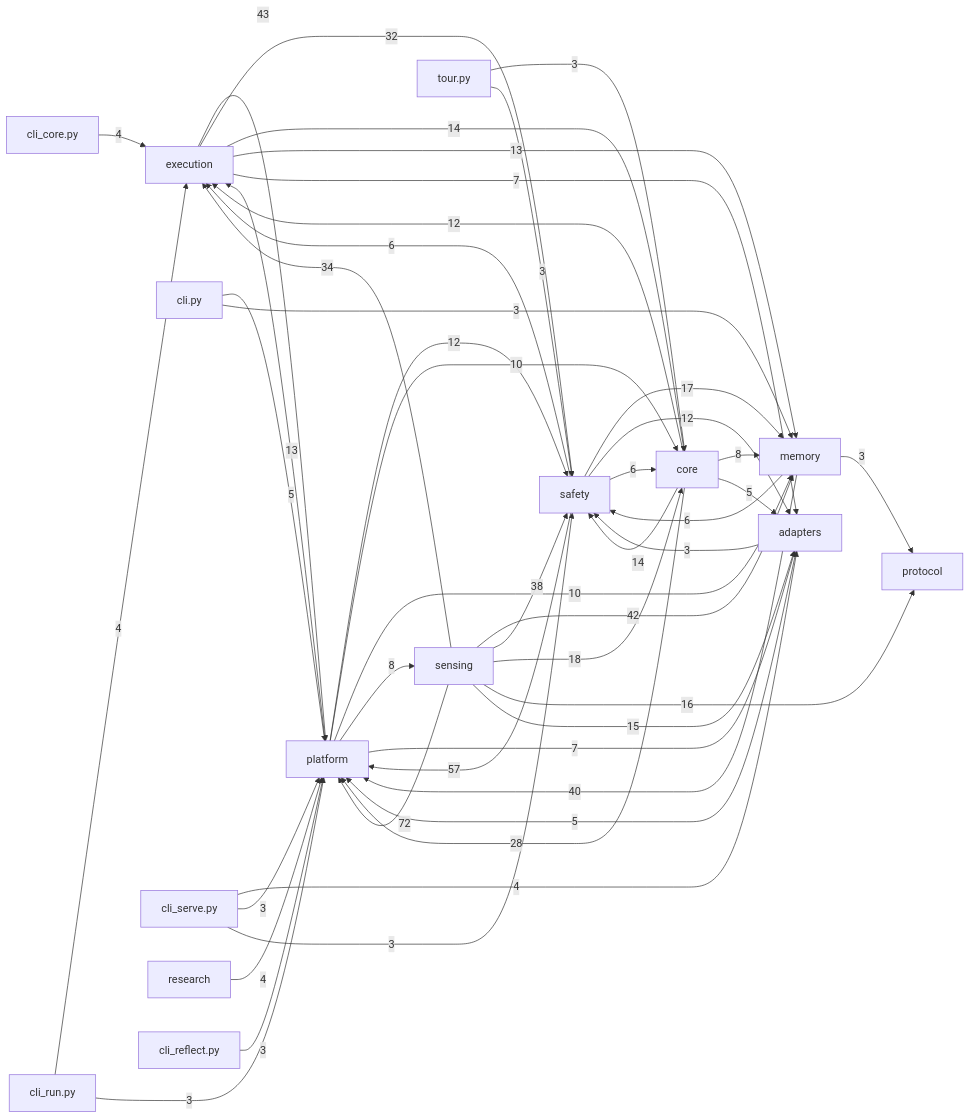
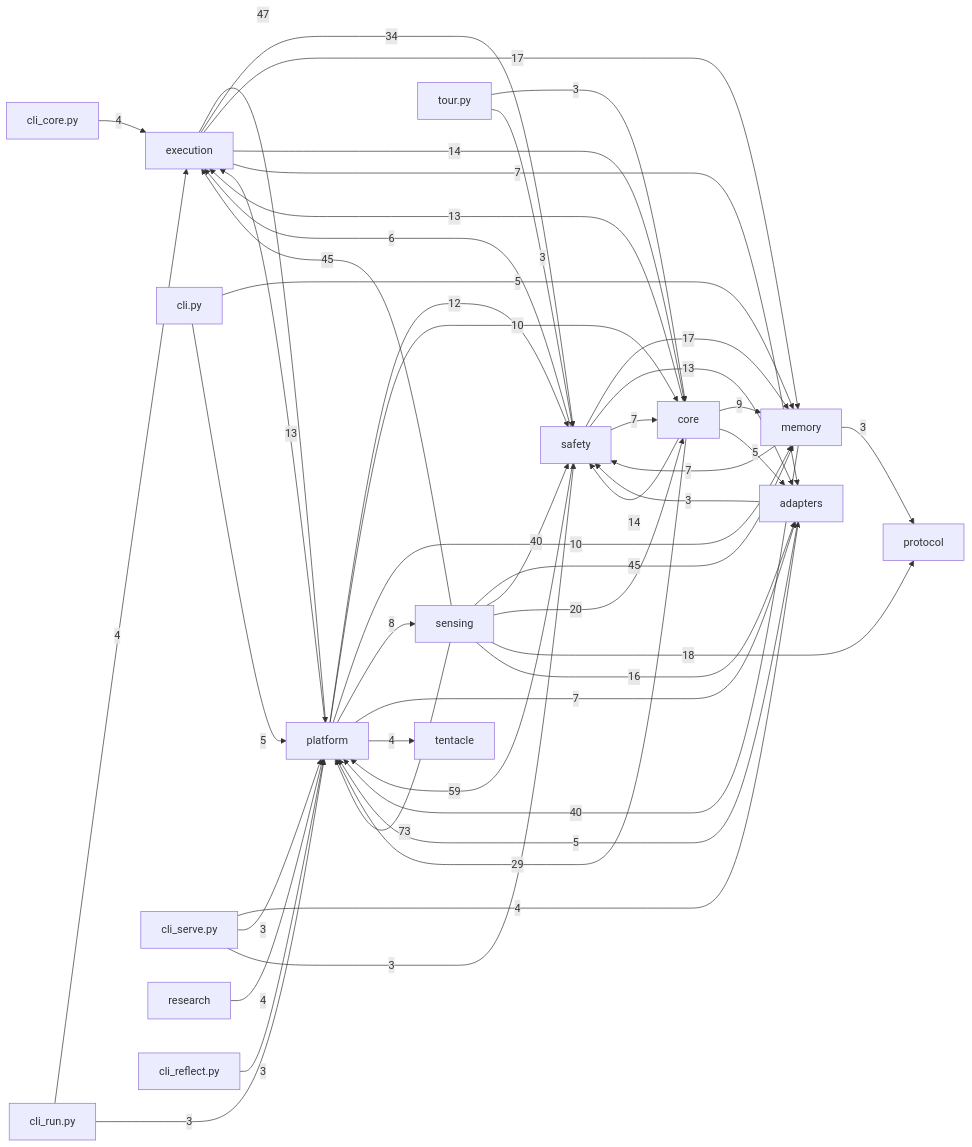
The diagram in docs/auto/20-backend/index.md (dengdenghua/octopus-agent), drawn with Mermaid before and after one commit. The commit also changed other lines of this file and 47 other files, not shown here.

````diff
--- a/docs/auto/20-backend/index.md
+++ b/docs/auto/20-backend/index.md
@@ -19,55 +26,56 @@
 ```mermaid
 graph LR
   execution[execution]
   core[core]
   safety[safety]
   memory[memory]
   sensing[sensing]
   adapters[adapters]
   platform[platform]
-  sensing -- 72 --> platform
-  safety -- 57 --> platform
-  execution -- 43 --> platform
-  sensing -- 42 --> memory
+  sensing -- 73 --> platform
+  safety -- 59 --> platform
+  execution -- 47 --> platform
+  sensing -- 45 --> execution
+  sensing -- 45 --> memory
   memory -- 40 --> platform
-  sensing -- 38 --> safety
-  sensing -- 34 --> execution
-  execution -- 32 --> safety
-  core -- 28 --> platform
-  sensing -- 18 --> core
+  sensing -- 40 --> safety
+  execution -- 34 --> safety
+  core -- 29 --> platform
+  sensing -- 20 --> core
+  sensing -- 18 --> protocol
+  execution -- 17 --> memory
   safety -- 17 --> memory
-  sensing -- 16 --> protocol
-  sensing -- 15 --> adapters
+  sensing -- 16 --> adapters
   core -- 14 --> safety
   execution -- 14 --> core
-  execution -- 13 --> memory
+  core -- 13 --> execution
   platform -- 13 --> execution
-  core -- 12 --> execution
+  safety -- 13 --> adapters
   platform -- 12 --> safety
-  safety -- 12 --> adapters
   platform -- 10 --> core
   platform -- 10 --> memory
-  core -- 8 --> memory
+  core -- 9 --> memory
   platform -- 8 --> sensing
   execution -- 7 --> adapters
+  memory -- 7 --> safety
   platform -- 7 --> adapters
-  memory -- 6 --> safety
-  safety -- 6 --> core
+  safety -- 7 --> core
   safety -- 6 --> execution
   adapters -- 5 --> platform
+  cli.py -- 5 --> memory
   cli.py -- 5 --> platform
   core -- 5 --> adapters
   cli_core.py -- 4 --> execution
   cli_run.py -- 4 --> execution
   cli_serve.py -- 4 --> adapters
+  platform -- 4 --> tentacle
   research -- 4 --> platform
   adapters -- 3 --> safety
-  cli.py -- 3 --> memory
   cli_reflect.py -- 3 --> platform
   cli_run.py -- 3 --> platform
   cli_serve.py -- 3 --> platform
   cli_serve.py -- 3 --> safety
   memory -- 3 --> protocol
   tour.py -- 3 --> core
   tour.py -- 3 --> safety
 ```
````
